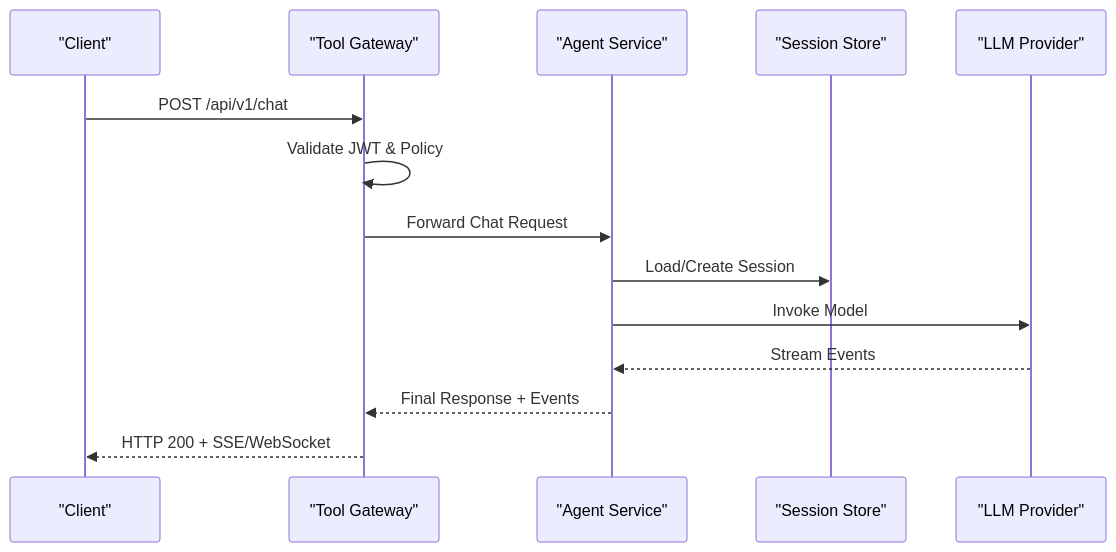
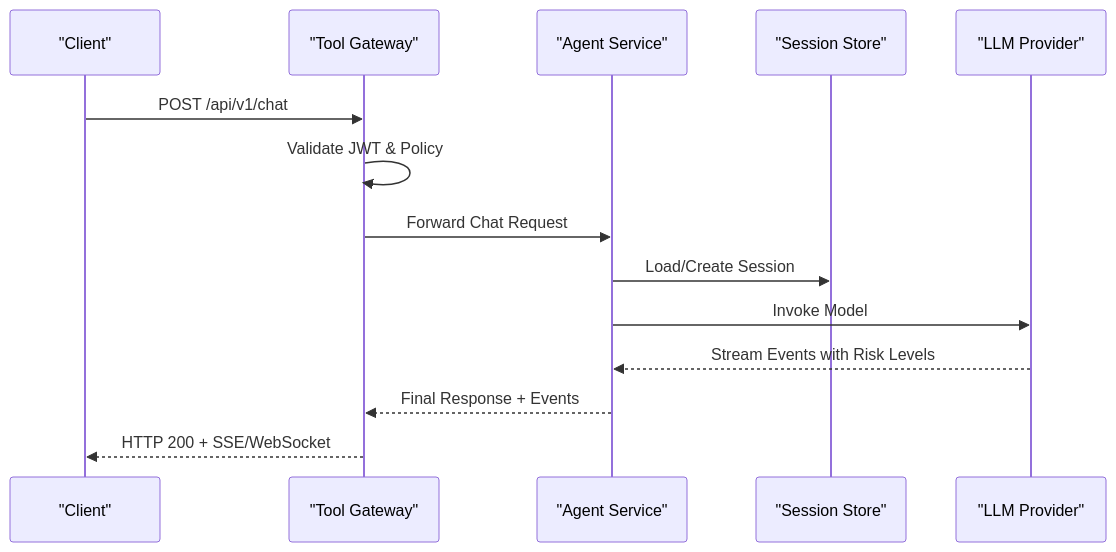
The second of 6 diagrams in .qoder/repowiki/en/content/API Reference/Agent Platform API/Agent Platform API.md (metasync/luban-aiops), drawn with Mermaid before and after one commit. The commit also changed other lines of this file and 4 other files, not shown here.

````diff
--- a/.qoder/repowiki/en/content/API Reference/Agent Platform API/Agent Platform API.md
+++ b/.qoder/repowiki/en/content/API Reference/Agent Platform API/Agent Platform API.md
@@ -111,16 +90,16 @@
 ```mermaid
 sequenceDiagram
 participant Client as "Client"
 participant Gateway as "Tool Gateway"
 participant AgentSvc as "Agent Service"
 participant Session as "Session Store"
 participant Provider as "LLM Provider"
 Client->>Gateway : POST /api/v1/chat
 Gateway->>Gateway : Validate JWT & Policy
 Gateway->>AgentSvc : Forward Chat Request
 AgentSvc->>Session : Load/Create Session
 AgentSvc->>Provider : Invoke Model
-Provider-->>AgentSvc : Stream Events
+Provider-->>AgentSvc : Stream Events with Risk Levels
 AgentSvc-->>Gateway : Final Response + Events
 Gateway-->>Client : HTTP 200 + SSE/WebSocket
 ```
````
